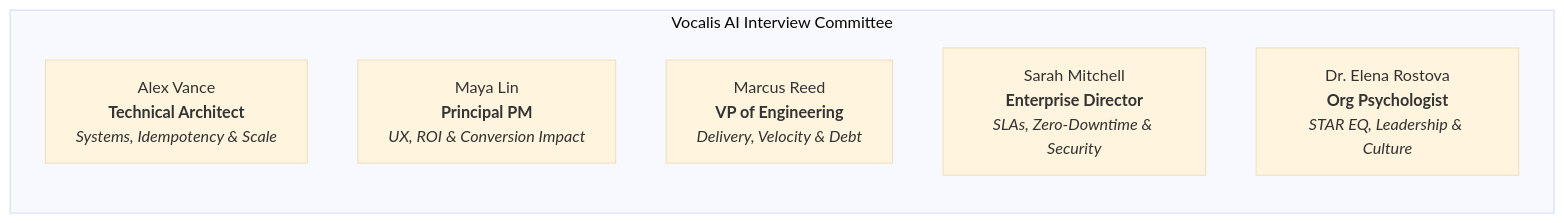
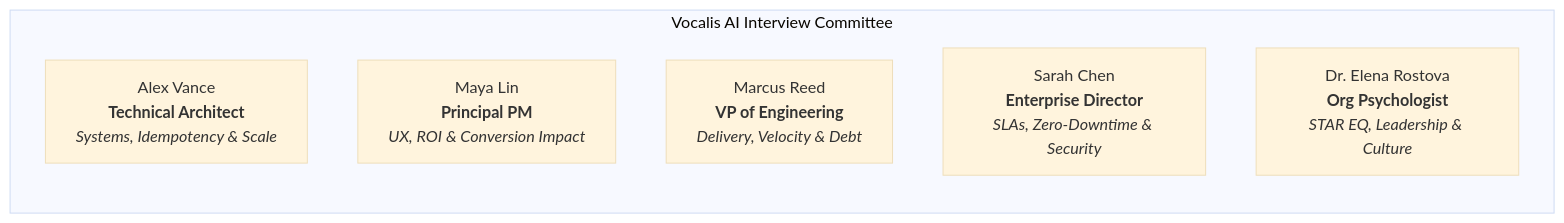
The fourth of 4 diagrams in README.md (RiyanshiVerma-11/Vocalis-AI), drawn with Mermaid (base theme) before and after one commit. The commit also changed other lines of this file and 3 other files, not shown here.

````diff
--- a/README.md
+++ b/README.md
@@ -197,10 +197,10 @@
 ```mermaid
 graph LR
     subgraph Panel ["Vocalis AI Interview Committee"]
         Alex["Alex Vance<br/><b>Technical Architect</b><br/><i>Systems, Idempotency & Scale</i>"]
         Maya["Maya Lin<br/><b>Principal PM</b><br/><i>UX, ROI & Conversion Impact</i>"]
         Marcus["Marcus Reed<br/><b>VP of Engineering</b><br/><i>Delivery, Velocity & Debt</i>"]
-        Sarah["Sarah Mitchell<br/><b>Enterprise Director</b><br/><i>SLAs, Zero-Downtime & Security</i>"]
+        Sarah["Sarah Chen<br/><b>Enterprise Director</b><br/><i>SLAs, Zero-Downtime & Security</i>"]
         Elena["Dr. Elena Rostova<br/><b>Org Psychologist</b><br/><i>STAR EQ, Leadership & Culture</i>"]
     end
 ```
````
